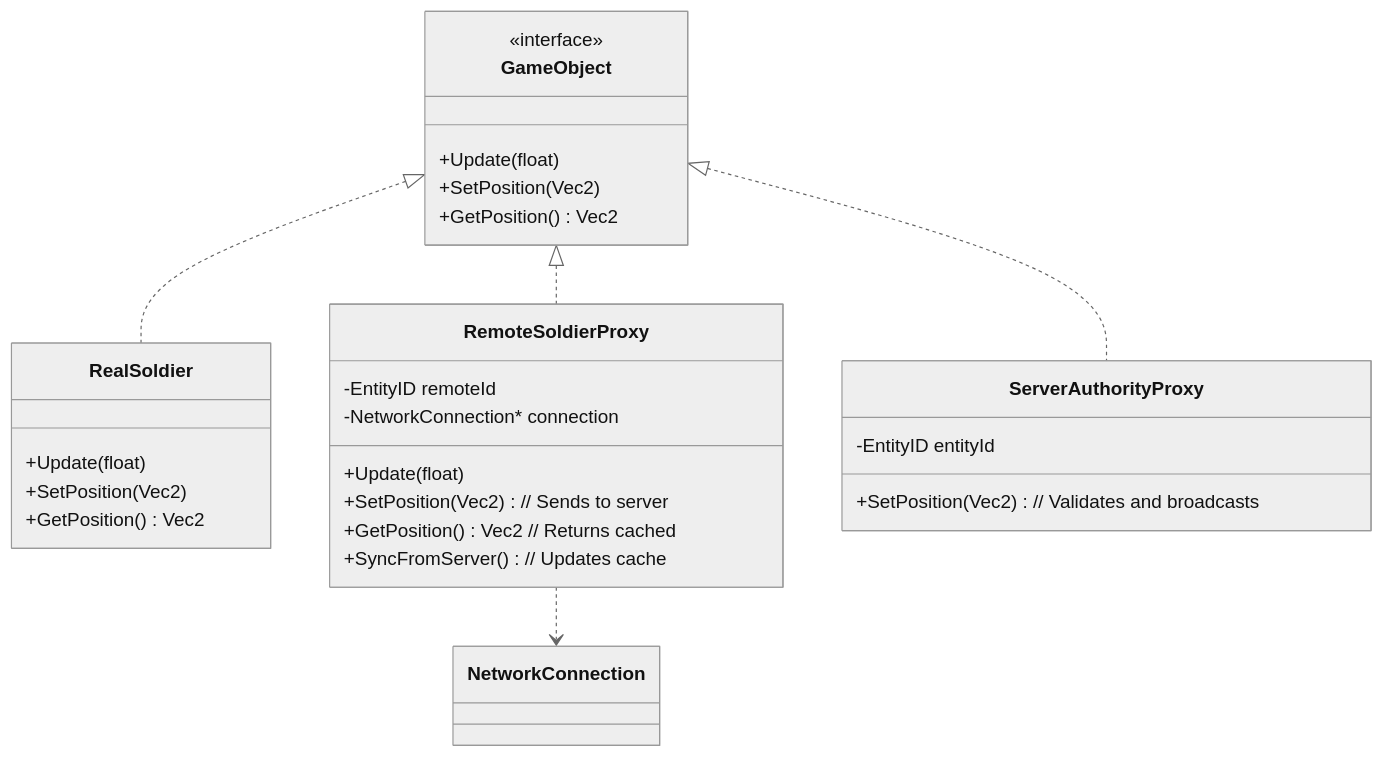
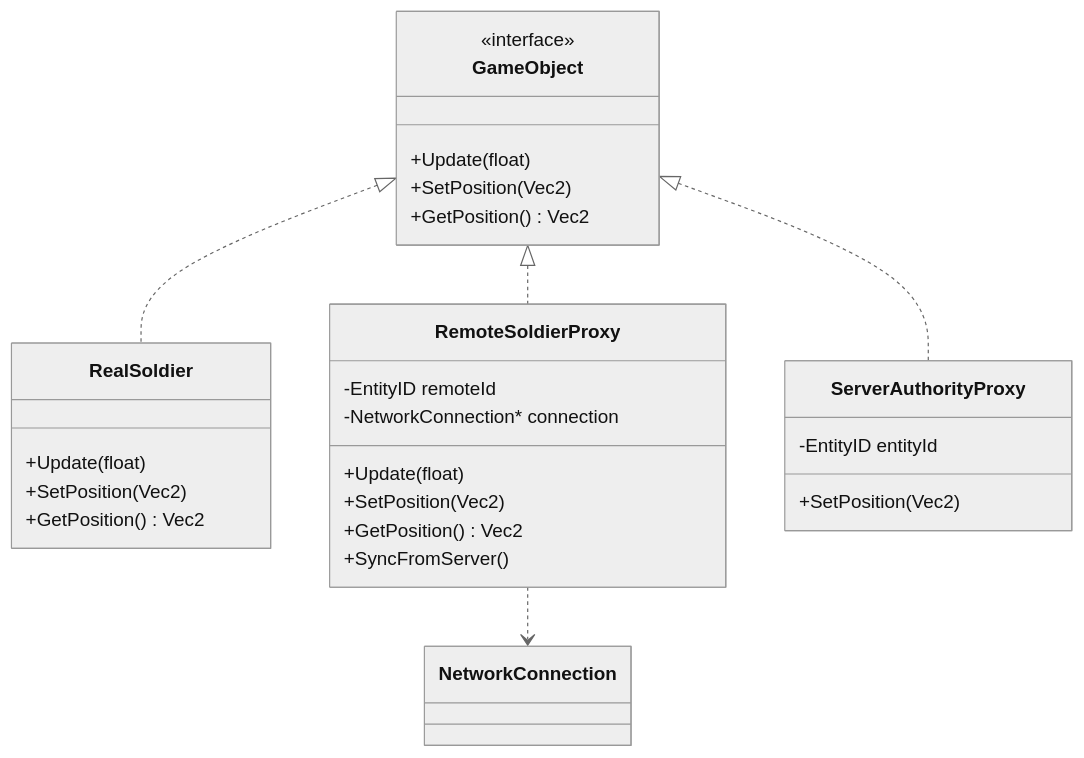
One commit to jukofyork/CloseCombatClones-ComparativeArchitecture changed the ninth of 26 diagrams in chapter_08_architectural_patterns.md. Above: the diagram before and after it, drawn with Mermaid (neutral theme). The commit also changed other lines of this file and 23 other files, not shown here.

````diff
--- a/chapter_08_architectural_patterns.md
+++ b/chapter_08_architectural_patterns.md
@@ -1065,34 +1048,34 @@
 ```mermaid
 classDiagram
     class GameObject {
         <<interface>>
         +Update(float)
         +SetPosition(Vec2)
         +GetPosition() Vec2
     }
-    
+
     class RealSoldier {
         +Update(float)
         +SetPosition(Vec2)
         +GetPosition() Vec2
     }
-    
+
     class RemoteSoldierProxy {
         -EntityID remoteId
         -NetworkConnection* connection
         +Update(float)
-        +SetPosition(Vec2)  // Sends to server
-        +GetPosition() Vec2  // Returns cached
-        +SyncFromServer()  // Updates cache
+        +SetPosition(Vec2)
+        +GetPosition() Vec2
+        +SyncFromServer()
     }
-    
+
     class ServerAuthorityProxy {
         -EntityID entityId
-        +SetPosition(Vec2)  // Validates and broadcasts
+        +SetPosition(Vec2)
     }
-    
+
     GameObject <|.. RealSoldier
     GameObject <|.. RemoteSoldierProxy
     GameObject <|.. ServerAuthorityProxy
     RemoteSoldierProxy ..> NetworkConnection
 ```
````
